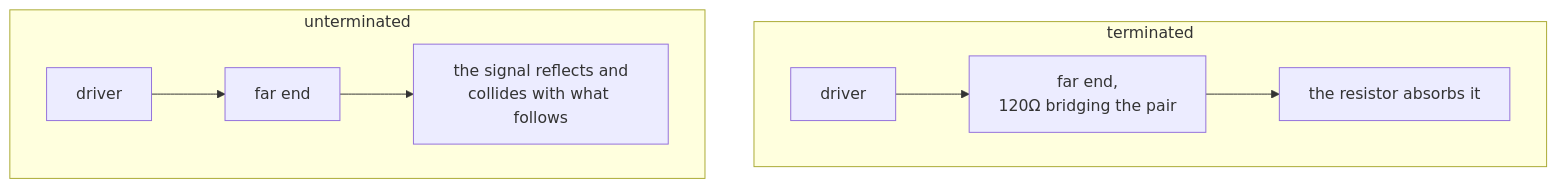
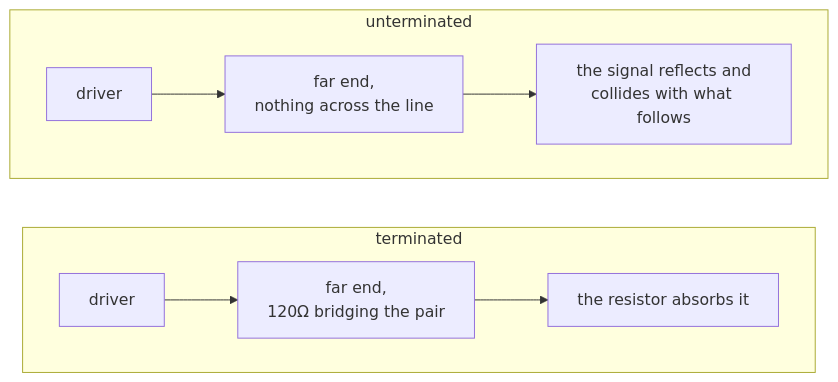
One commit to panyam/agni changed the diagram in docsite/content/reference/terms/termination.md. Above: the diagram before and after it, drawn with Mermaid. The commit also changed 4 other files, not shown here.

````diff
--- a/docsite/content/reference/terms/termination.md
+++ b/docsite/content/reference/terms/termination.md
@@ -15,12 +15,12 @@
 ```mermaid
-flowchart LR
+flowchart TB
     subgraph U["unterminated"]
         direction LR
-        A["driver"] --> B["far end"] --> C["the signal reflects and<br/>collides with what follows"]
+        A["driver"] --> B["far end,<br/>nothing across the line"] --> C["the signal reflects and<br/>collides with what follows"]
     end
     subgraph T["terminated"]
         direction LR
         A2["driver"] --> B2["far end,<br/>120Ω bridging the pair"] --> C2["the resistor absorbs it"]
     end
     U ~~~ T
 ```
````
